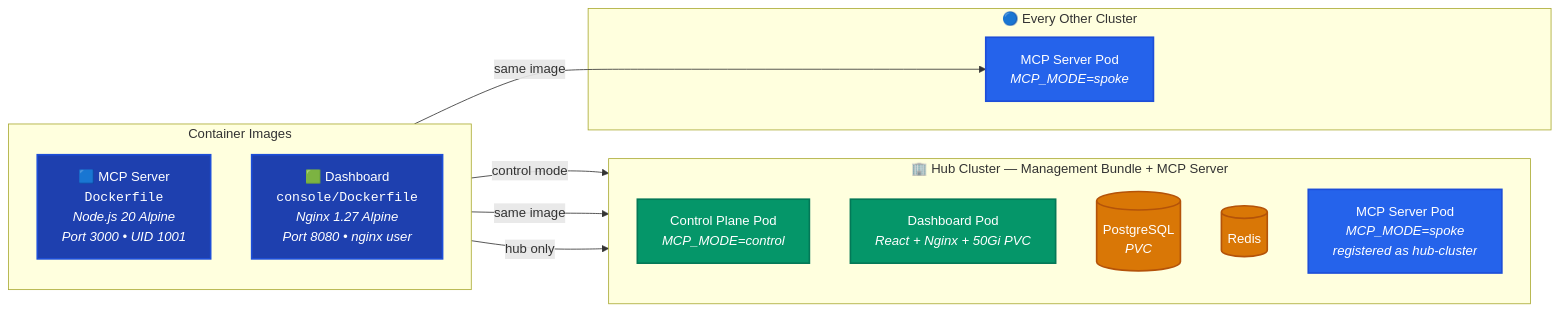
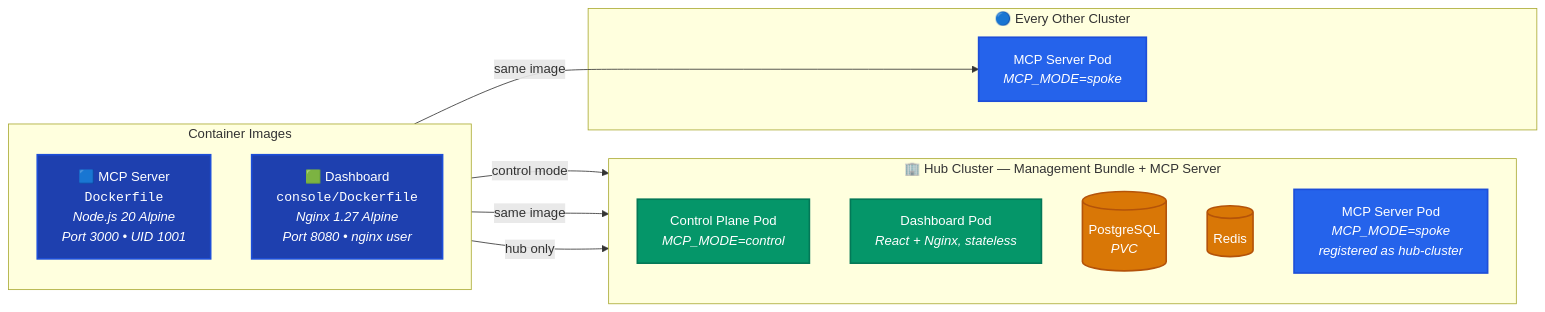
Before and after one commit to cskaruppu/Openshift-mcp-server: the sixth of 9 diagrams in README.md, drawn with Mermaid. The commit also changed other lines of this file and 6 other files, not shown here.

````diff
--- a/README.md
+++ b/README.md
@@ -484,36 +484,36 @@
 ```mermaid
 flowchart LR
     subgraph IMAGES["Container Images"]
         direction TB
         IMG1["🟦 MCP Server<br/><code>Dockerfile</code><br/><i>Node.js 20 Alpine</i><br/><i>Port 3000 • UID 1001</i>"]
         IMG2["🟩 Dashboard<br/><code>console/Dockerfile</code><br/><i>Nginx 1.27 Alpine</i><br/><i>Port 8080 • nginx user</i>"]
     end
 
     subgraph HUB_DEPLOY["🏢 Hub Cluster — Management Bundle + MCP Server"]
         direction TB
         H1["Control Plane Pod<br/><i>MCP_MODE=control</i>"]
-        H2["Dashboard Pod<br/><i>React + Nginx + 50Gi PVC</i>"]
+        H2["Dashboard Pod<br/><i>React + Nginx, stateless</i>"]
         H3[("PostgreSQL<br/><i>PVC</i>")]
         H4[("Redis")]
         H5["MCP Server Pod<br/><i>MCP_MODE=spoke<br/>registered as hub-cluster</i>"]
     end
 
     subgraph SPOKE_DEPLOY["🔵 Every Other Cluster"]
         S1["MCP Server Pod<br/><i>MCP_MODE=spoke</i>"]
     end
 
     IMG1 -->|"control mode"| H1
     IMG1 -->|"same image"| H5
     IMG1 -->|"same image"| S1
     IMG2 -->|"hub only"| H2
 
     classDef img fill:#1E40AF,stroke:#1D4ED8,color:#FFFFFF,stroke-width:2px
     classDef hub fill:#059669,stroke:#047857,color:#FFFFFF,stroke-width:2px
     classDef spoke fill:#2563EB,stroke:#1D4ED8,color:#FFFFFF,stroke-width:2px
     classDef db fill:#D97706,stroke:#B45309,color:#FFFFFF,stroke-width:2px
 
     class IMG1,IMG2 img
     class H1,H2 hub
     class S1,H5 spoke
     class H3,H4 db
 ```
````
